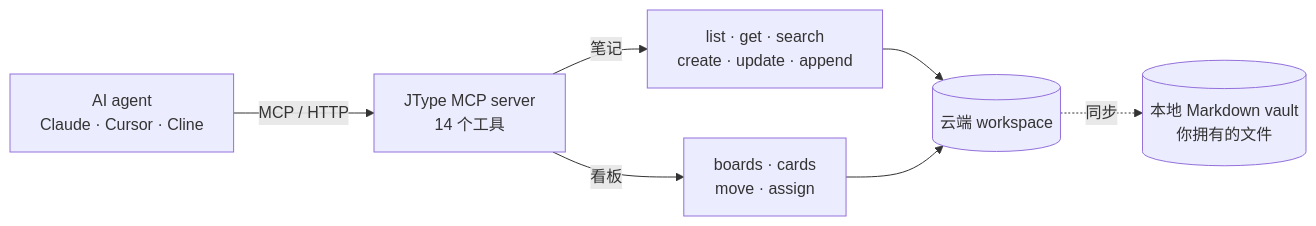
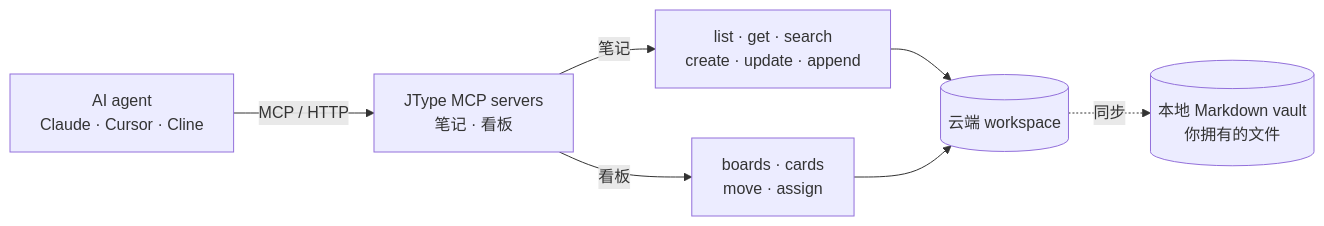
One commit to cnjack/jtype changed the first of 3 diagrams in README.zh-CN.md. Above: the diagram before and after it, drawn with Mermaid. The commit also changed other lines of this file and 112 other files, not shown here.

````diff
--- a/README.zh-CN.md
+++ b/README.zh-CN.md
@@ -62,9 +62,9 @@
 ```mermaid
 flowchart LR
-    A["AI agent<br/>Claude · Cursor · Cline"] -- "MCP / HTTP" --> M["JType MCP server<br/>14 个工具"]
+    A["AI agent<br/>Claude · Cursor · Cline"] -- "MCP / HTTP" --> M["JType MCP servers<br/>笔记 · 看板"]
     M -- 笔记 --> N["list · get · search<br/>create · update · append"]
     M -- 看板 --> K["boards · cards<br/>move · assign"]
     N --> WS[("云端 workspace")]
     K --> WS
     WS -. 同步 .-> V[("本地 Markdown vault<br/>你拥有的文件")]
 ```
````
